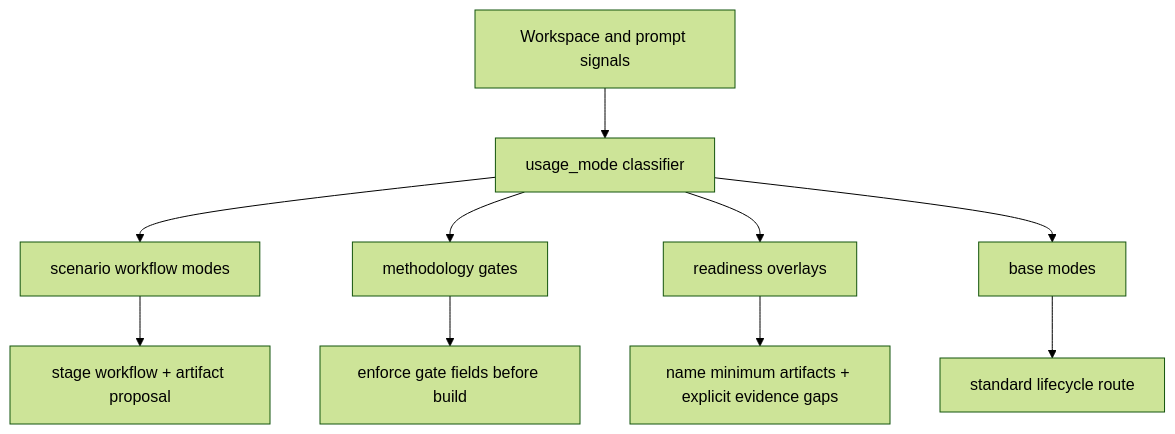
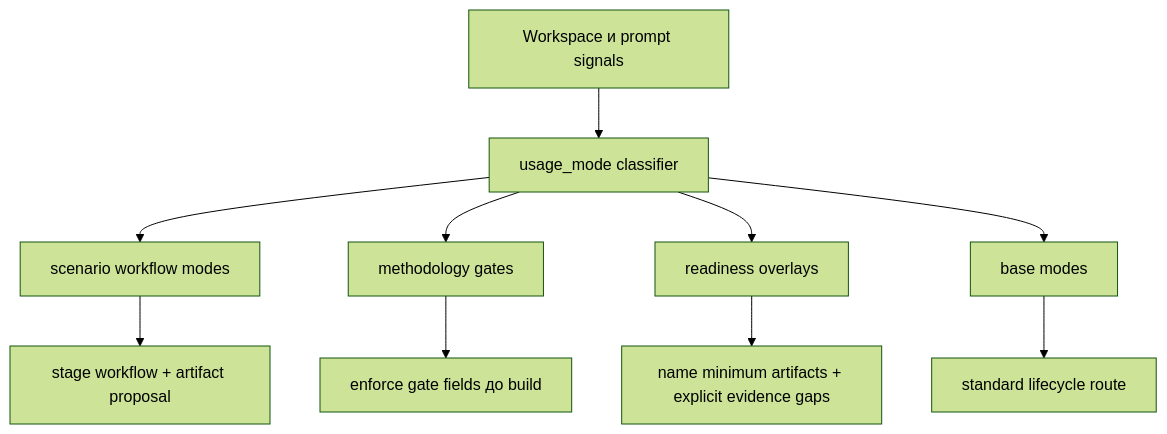
One commit to alexroadcaster/product-agent-os changed the sixth of 9 diagrams in docs/product-agent-os/architecture.md. Above: the diagram before and after it, drawn with Mermaid (forest theme). The commit also changed other lines of this file and 447 other files, not shown here.

````diff
--- a/docs/product-agent-os/architecture.md
+++ b/docs/product-agent-os/architecture.md
@@ -153,12 +153,12 @@
 ```mermaid
 flowchart TD
-    W["Workspace and prompt signals"] --> U["usage_mode classifier"]
+    W["Workspace и prompt signals"] --> U["usage_mode classifier"]
     U --> D["scenario workflow modes"]
     U --> M["methodology gates"]
     U --> P["readiness overlays"]
     U --> B["base modes"]
     D --> A["stage workflow + artifact proposal"]
-    M --> E["enforce gate fields before build"]
+    M --> E["enforce gate fields до build"]
     P --> G["name minimum artifacts + explicit evidence gaps"]
     B --> R["standard lifecycle route"]
 ```
````
